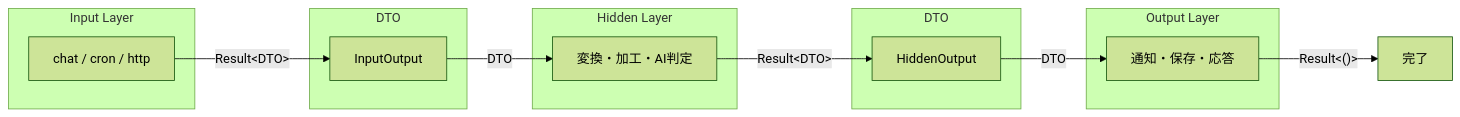
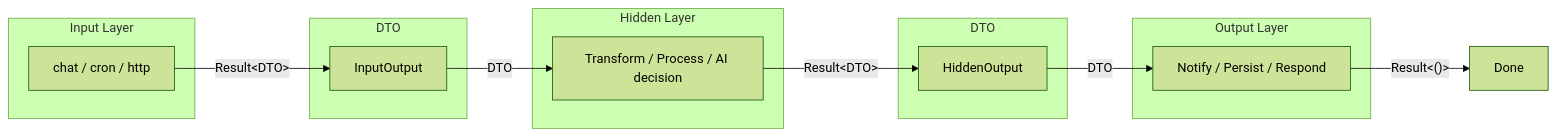
One commit to smartcrabai/smartcrab changed the first of 3 diagrams in docs/content/design/data-flow.md. Above: the diagram before and after it, drawn with Mermaid (forest theme). The commit also changed other lines of this file and 19 other files, not shown here.

````diff
--- a/docs/content/design/data-flow.md
+++ b/docs/content/design/data-flow.md
@@ -11,24 +11,24 @@
 ```mermaid
 flowchart LR
     subgraph Input["Input Layer"]
         I[chat / cron / http]
     end
     subgraph DTO1["DTO"]
         D1["InputOutput"]
     end
     subgraph Hidden["Hidden Layer"]
-        H[変換・加工・AI判定]
+        H[Transform / Process / AI decision]
     end
     subgraph DTO2["DTO"]
         D2["HiddenOutput"]
     end
     subgraph Output["Output Layer"]
-        O[通知・保存・応答]
+        O[Notify / Persist / Respond]
     end
 
     I -->|"Result&lt;DTO&gt;"| D1
     D1 -->|"DTO"| H
     H -->|"Result&lt;DTO&gt;"| D2
     D2 -->|"DTO"| O
-    O -->|"Result&lt;()&gt;"| Done["完了"]
+    O -->|"Result&lt;()&gt;"| Done["Done"]
 ```
````
